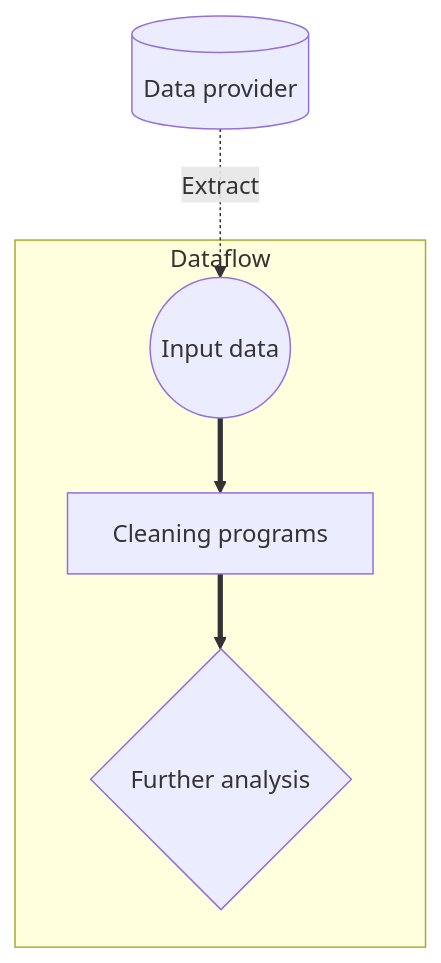
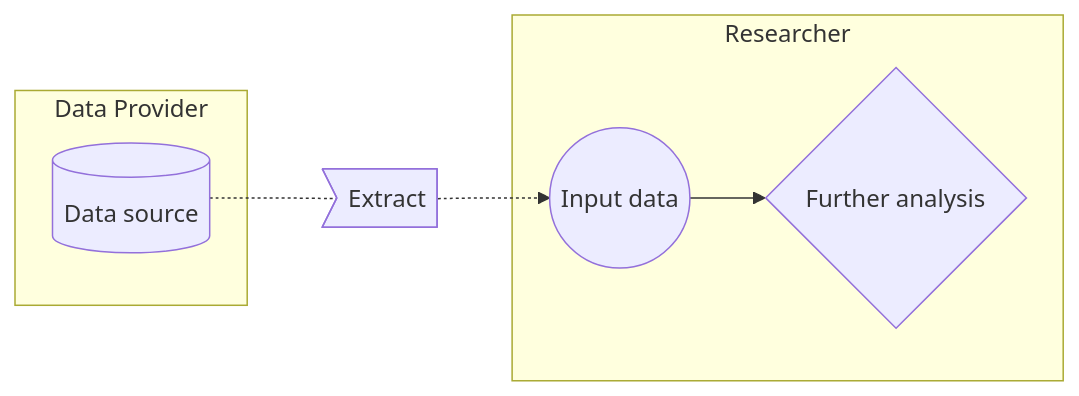
Before and after one commit to social-science-data-editors/guidance: the diagram in Requested_information_data.md, drawn with Mermaid. The commit also changed other lines of this file, not shown here.

Commit message:
Minor edits for layout purposes, and references to the new figure

```diff
--- a/Requested_information_data.md
+++ b/Requested_information_data.md
@@ -18,8 +20,10 @@
 <div class="mermaid">
-graph TD;
-    DB[(Data provider)] -. Extract .->  A;
-    subgraph Dataflow;
-    A((Input data)) ==>  B[Cleaning programs];
-    B ==> D{Further analysis};
-    end;
+graph LR;
+subgraph "Data Provider";
+DB[(Data source)] ;
+end;
+DB -.- E>Extract] -.-> A;
+subgraph Researcher;
+A((Input data)) --> B{Further analysis};
+end;
 </div>
```
